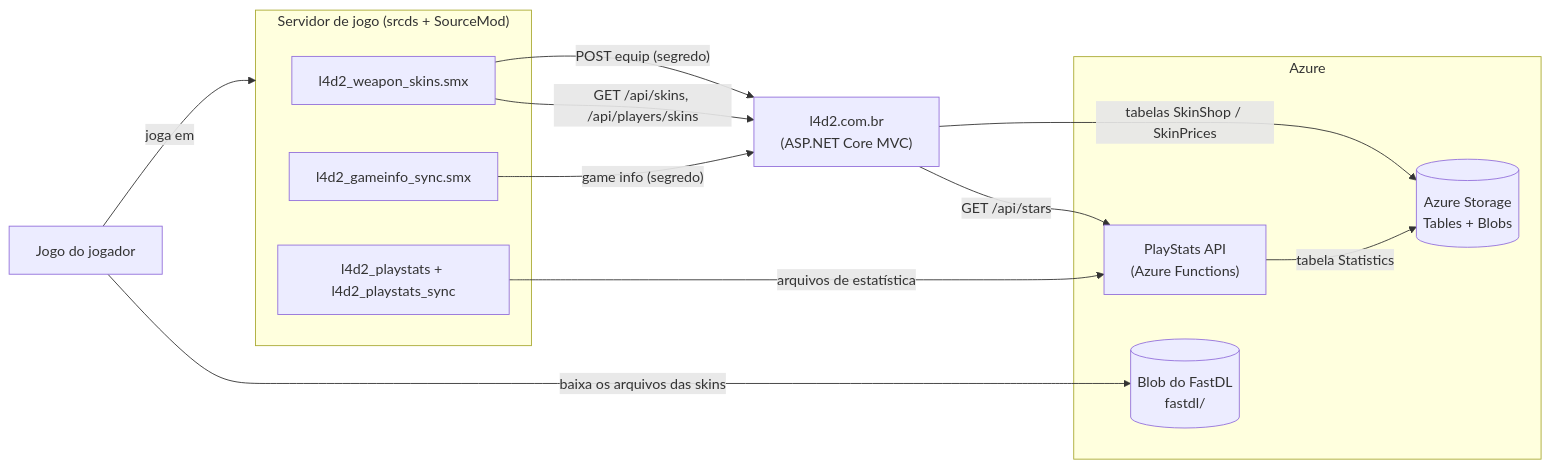
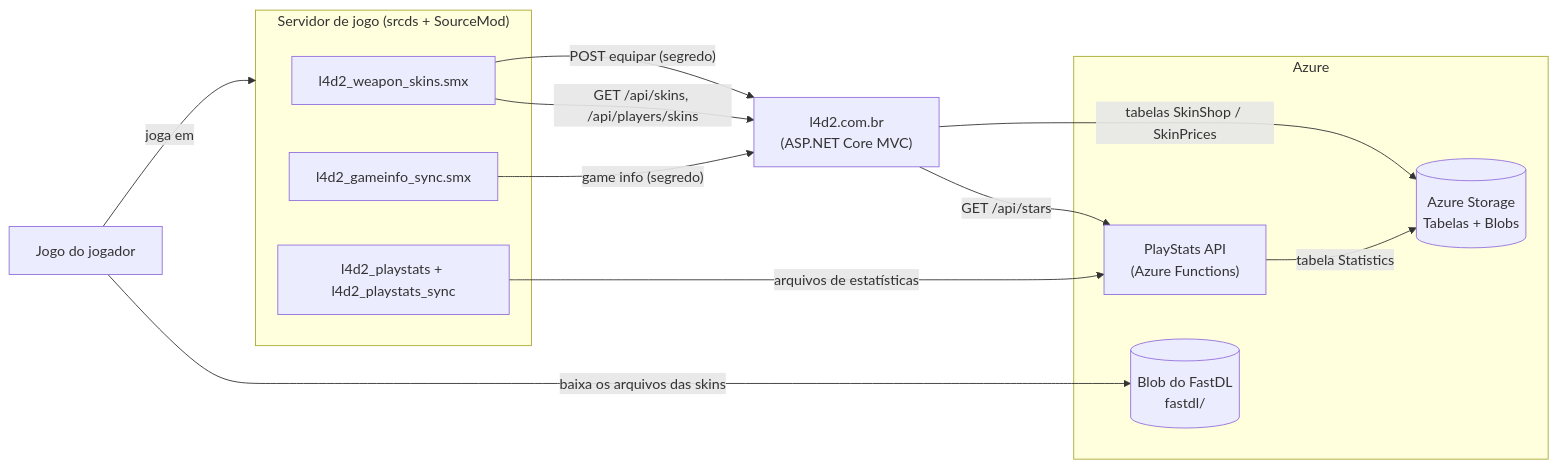
The first of 2 diagrams in docs/weapon-skins/01-overview.pt.md (altair-sossai/l4d2-zone-server), drawn with Mermaid before and after one commit. The commit also changed other lines of this file and 46 other files, not shown here.

````diff
--- a/docs/weapon-skins/01-overview.pt.md
+++ b/docs/weapon-skins/01-overview.pt.md
@@ -7,25 +7,25 @@
 ```mermaid
 flowchart LR
     subgraph Game["Servidor de jogo (srcds + SourceMod)"]
         P["l4d2_weapon_skins.smx"]
         G["l4d2_gameinfo_sync.smx"]
         S["l4d2_playstats + l4d2_playstats_sync"]
     end
     subgraph Azure
         API["PlayStats API<br/>(Azure Functions)"]
-        TS[("Azure Storage<br/>Tables + Blobs")]
+        TS[("Azure Storage<br/>Tabelas + Blobs")]
         FDL[("Blob do FastDL<br/>fastdl/")]
     end
     WEB["l4d2.com.br<br/>(ASP.NET Core MVC)"]
     C["Jogo do jogador"]
 
-    S -- "arquivos de estatística" --> API
+    S -- "arquivos de estatísticas" --> API
     API -- "tabela Statistics" --> TS
     WEB -- "GET /api/stars" --> API
     WEB -- "tabelas SkinShop / SkinPrices" --> TS
     P -- "GET /api/skins, /api/players/skins" --> WEB
-    P -- "POST equip (segredo)" --> WEB
+    P -- "POST equipar (segredo)" --> WEB
     G -- "game info (segredo)" --> WEB
     C -- "baixa os arquivos das skins" --> FDL
     C -- "joga em" --> Game
 ```
````
